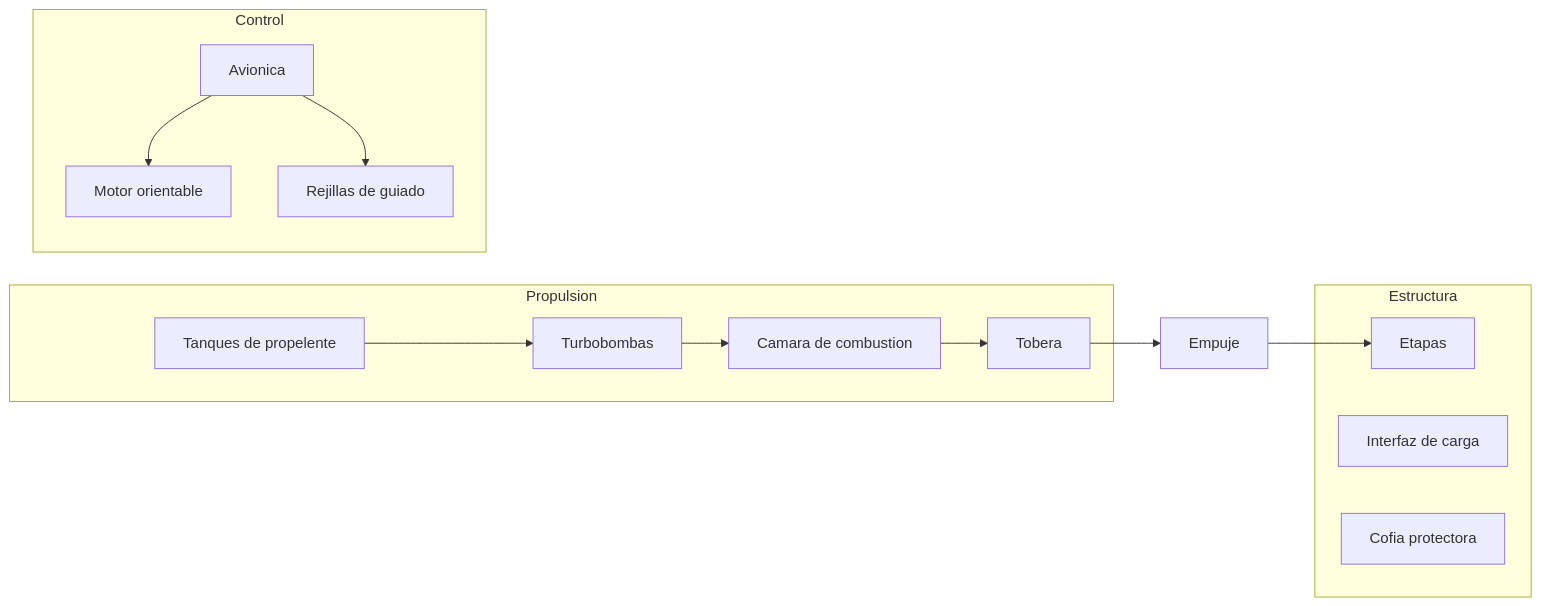
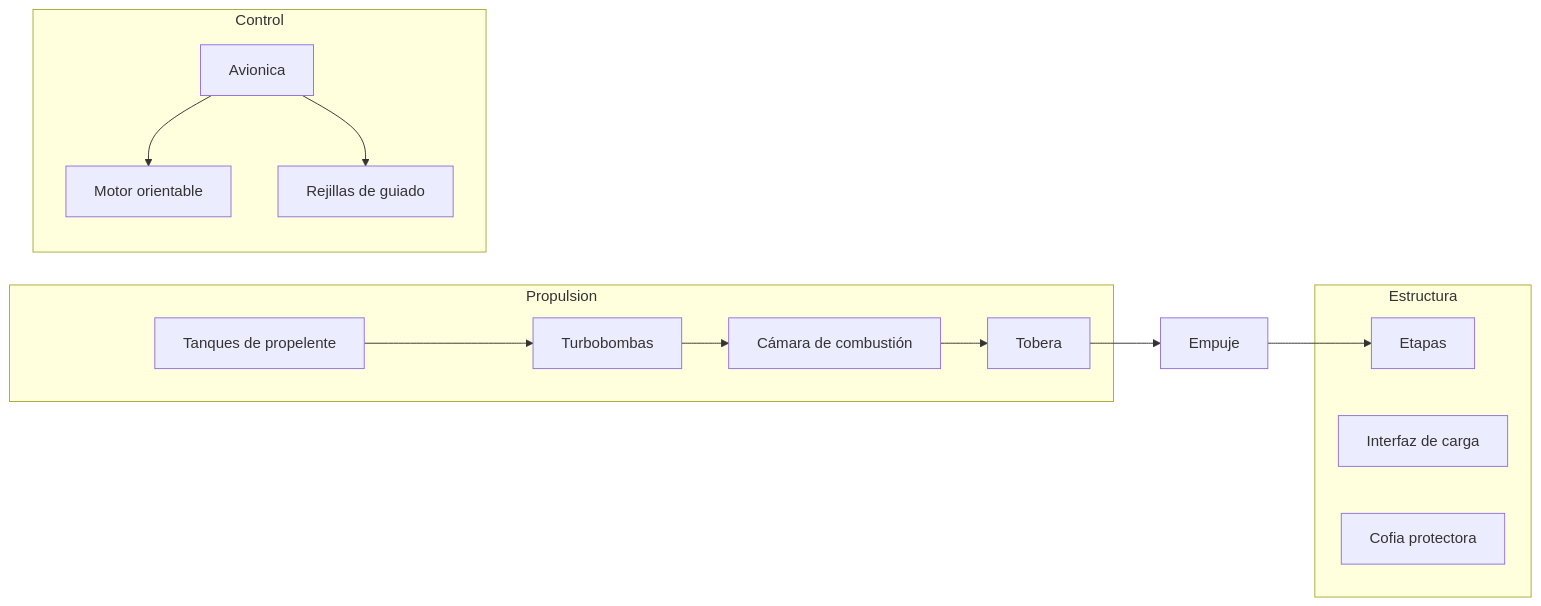
The first of 4 diagrams in vehiculos/cohetes/operacion/sistemas-mecanicos-cohete.md (vladimiracunadev-create/machine-operator-program), drawn with Mermaid before and after one commit. The commit also changed other lines of this file and 442 other files, not shown here.

````diff
--- a/vehiculos/cohetes/operacion/sistemas-mecanicos-cohete.md
+++ b/vehiculos/cohetes/operacion/sistemas-mecanicos-cohete.md
@@ -9,22 +9,22 @@
 ```mermaid
 flowchart LR
     subgraph Propulsion
         Tanque[Tanques de propelente] --> Turbo[Turbobombas]
-        Turbo --> Camara[Camara de combustion]
+        Turbo --> Camara[Cámara de combustión]
         Camara --> Tobera[Tobera]
     end
     subgraph Estructura
         Etapas[Etapas]
         Interfaz[Interfaz de carga]
         Cofia[Cofia protectora]
     end
     subgraph Control
         Avionica[Avionica]
         Cardan[Motor orientable]
         Rejillas[Rejillas de guiado]
     end
     Tobera --> Empuje[Empuje]
     Empuje --> Etapas
     Avionica --> Cardan
     Avionica --> Rejillas
 ```
````
